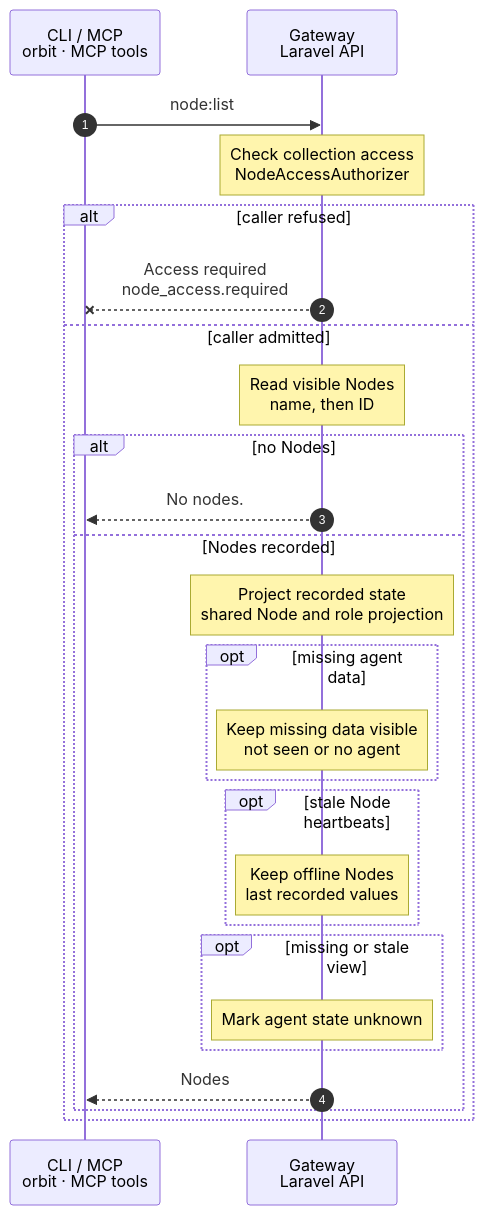
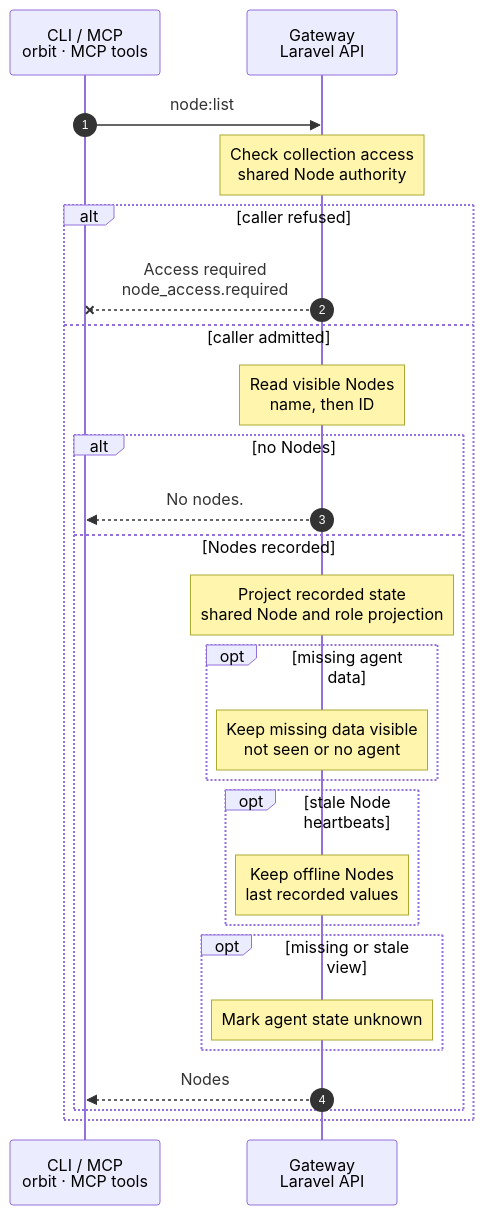
Before and after one commit to hardimpactdev/orbit: the diagram in docs/cli/node/list.mmd, drawn with Mermaid. The commit also changed 9 other files, not shown here.

Commit message:
fix(node): preserve native failure labels and tighten list proof

```diff
--- a/docs/cli/node/list.mmd
+++ b/docs/cli/node/list.mmd
@@ -1,64 +1,64 @@
 sequenceDiagram
-  %% Target design: recorded-state reads and the Node family rules in the node:list prep brief. The request uses Gateway records and agent facts only; no Node or external-system contact.
+  %% Target design: recorded-state reads under the shared Node authority rule (/cli/node#authority). The request uses Gateway records and agent facts only; no Node or external-system contact.
   %% status: draft
   %% command: node:list
   %% kind: node.list
   autonumber
   %% lane CLI icon=terminal pill=caller tone=gray
   %% lane GW icon=gateway pill=intent tone=blue
   participant CLI as CLI / MCP<br/>orbit · MCP tools
   participant GW as Gateway<br/>Laravel API
   CLI->>GW: node:list
   %%> Command:
   %%> - `orbit node:list`
   %%> - syntax: `orbit node:list [options]`
-  Note over GW: Check collection access<br/>NodeAccessAuthorizer
+  Note over GW: Check collection access<br/>shared Node authority
   %%> Requirements:
-  %%> - the [shared NodeAccessAuthorizer collection rule](https://github.com/hardimpactdev/orbit/blob/main/apps/gateway/app/Domain/Nodes/NodeAccessAuthorizer.php#L65-L91)
+  %%> - the [shared Node authority rule](/cli/node#authority)
   alt caller refused
     %% path: access-refused
     GW--xCLI: Access required<br/>node_access.required
     %%> Result:
     %%> - exit 1; no records change
   else caller admitted
     %% path: authorized
     Note over GW: Read visible Nodes<br/>name, then ID
     %%> What it does:
     %%> - selects only the caller's visible records under the shared authority rule
     %%> - starts no Operation or Swamp run
     alt no Nodes
       %% path: empty
       GW-->>CLI: No nodes.
       %%> Result:
       %%> - exit 0; the Node list is empty
     else Nodes recorded
       %% path: recorded
       Note over GW: Project recorded state<br/>shared Node and role projection
       %%> What it does:
       %%> - includes every assigned role with its recorded state and failure fields
       %%> - uses the same role projection as node:show and node:role:list
       %%> - includes the Cluster's name alongside its ID
       opt missing agent data
         %% path: agent-missing
         Note over GW: Keep missing data visible<br/>not seen or no agent
         %%> Result:
         %%> - an agent that has never reported is not_seen; a Node with no observing agent has agent null
       end
       opt stale Node heartbeats
         %% path: agent-offline
         Note over GW: Keep offline Nodes<br/>last recorded values
         %%> Result:
         %%> - with a healthy Gateway view and stale Node heartbeats, the agent is offline; since is the last seen time
         %%> - no refresh or reachability check runs
       end
       opt missing or stale view
         %% path: agent-unknown
         Note over GW: Mark agent state unknown
         %%> Result:
         %%> - unknown is not offline; the remaining recorded fields stay visible
       end
       GW-->>CLI: Nodes
       %%> Result:
       %%> - exit 0, including when agent data is missing, stale or unknown
     end
   end
```
